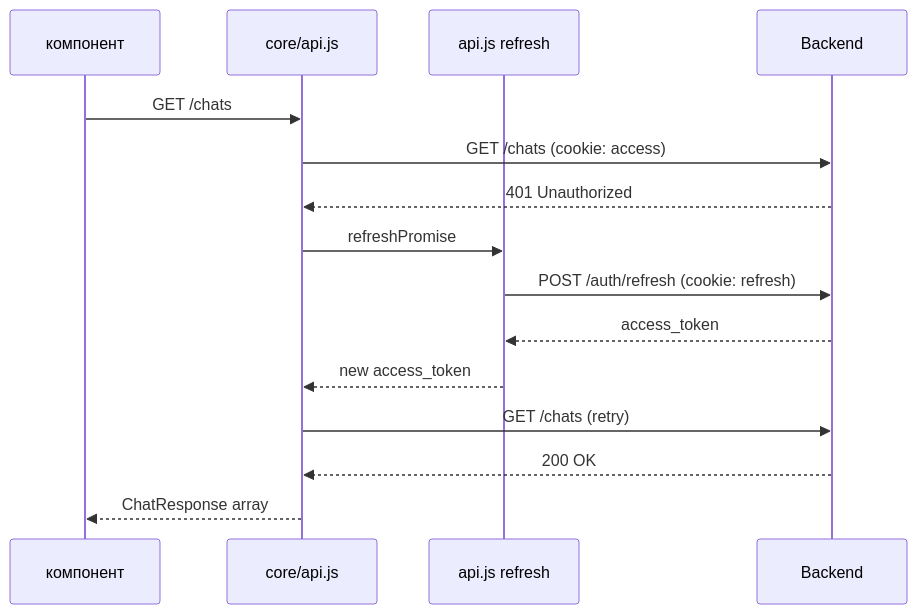
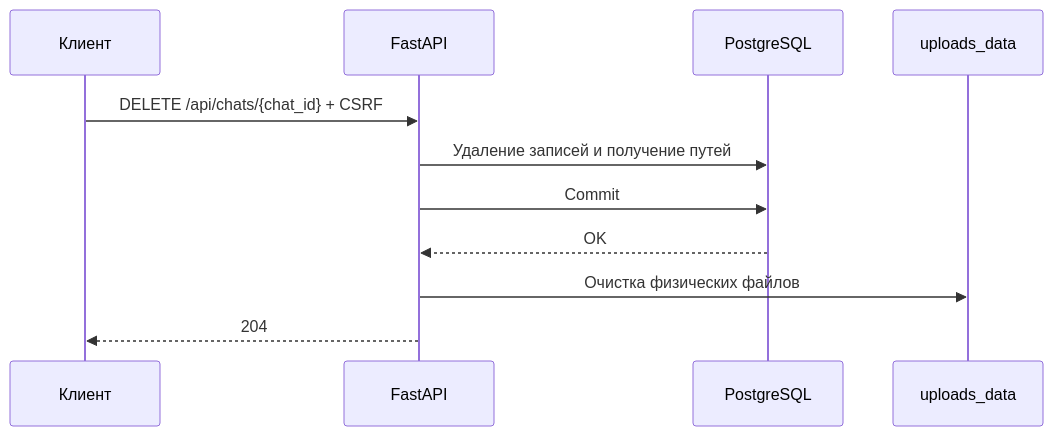
One commit to ITouch228/fastapi-realtime-messenger changed the sixth of 6 diagrams in docs/data_flow.md. Above: the diagram before and after it, drawn with Mermaid. The commit also changed other lines of this file and 8 other files, not shown here.

First line of the commit message:
docs: актуализировать README, диаграммы и правила Git (#14)

````diff
--- a/docs/data_flow.md
+++ b/docs/data_flow.md
@@ -367,18 +128,13 @@
 ```mermaid
 sequenceDiagram
-    participant Comp as компонент
-    participant API as core/api.js
-    participant Auth as api.js refresh
-    participant B as Backend
-
-    Comp->>API: GET /chats
-    API->>B: GET /chats (cookie: access)
-    B-->>API: 401 Unauthorized
-    API->>Auth: refreshPromise
-    Auth->>B: POST /auth/refresh (cookie: refresh)
-    B-->>Auth: access_token
-    Auth-->>API: new access_token
-    API->>B: GET /chats (retry)
-    B-->>API: 200 OK
-    API-->>Comp: ChatResponse array
+    participant C as Клиент
+    participant API as FastAPI
+    participant DB as PostgreSQL
+    participant FS as uploads_data
+    C->>API: DELETE /api/chats/{chat_id} + CSRF
+    API->>DB: Удаление записей и получение путей
+    API->>DB: Commit
+    DB-->>API: OK
+    API->>FS: Очистка физических файлов
+    API-->>C: 204
 ```
````
